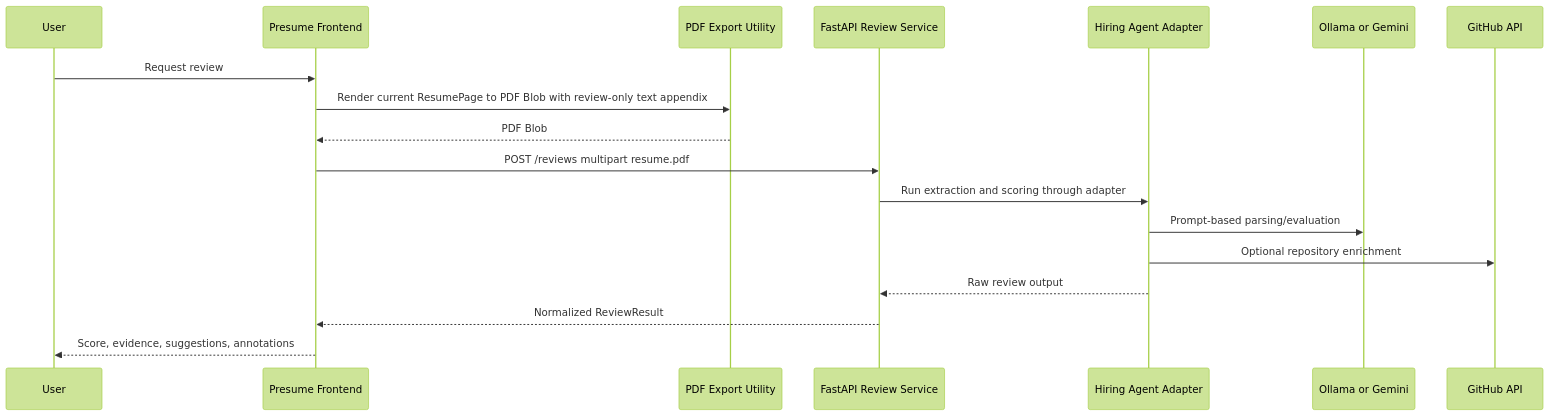
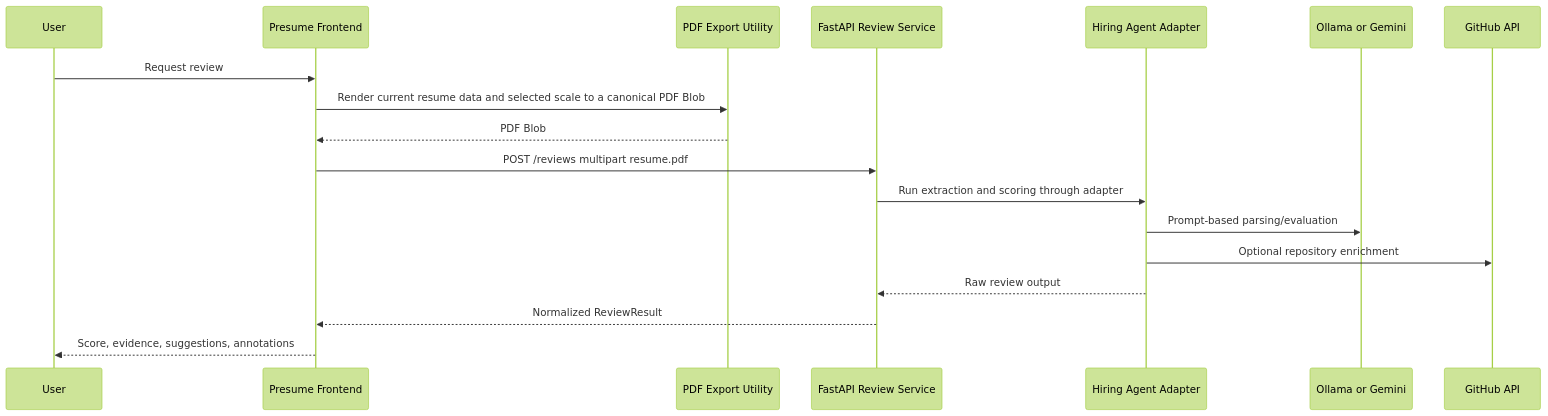
One commit to nikolaisalazar/presume changed the second of 2 diagrams in docs/ARCHITECTURE.md. Above: the diagram before and after it, drawn with Mermaid (forest theme). The commit also changed other lines of this file and 6 other files, not shown here.

Commit message:
docs: describe canonical PDF rendering

````diff
--- a/docs/ARCHITECTURE.md
+++ b/docs/ARCHITECTURE.md
@@ -112,21 +110,21 @@
 ```mermaid
 sequenceDiagram
   participant User
   participant UI as Presume Frontend
   participant PDF as PDF Export Utility
   participant API as FastAPI Review Service
   participant HA as Hiring Agent Adapter
   participant LLM as Ollama or Gemini
   participant GH as GitHub API
 
   User->>UI: Request review
-  UI->>PDF: Render current ResumePage to PDF Blob with review-only text appendix
+  UI->>PDF: Render current resume data and selected scale to a canonical PDF Blob
   PDF-->>UI: PDF Blob
   UI->>API: POST /reviews multipart resume.pdf
   API->>HA: Run extraction and scoring through adapter
   HA->>LLM: Prompt-based parsing/evaluation
   HA->>GH: Optional repository enrichment
   HA-->>API: Raw review output
   API-->>UI: Normalized ReviewResult
   UI-->>User: Score, evidence, suggestions, annotations
 ```
````
